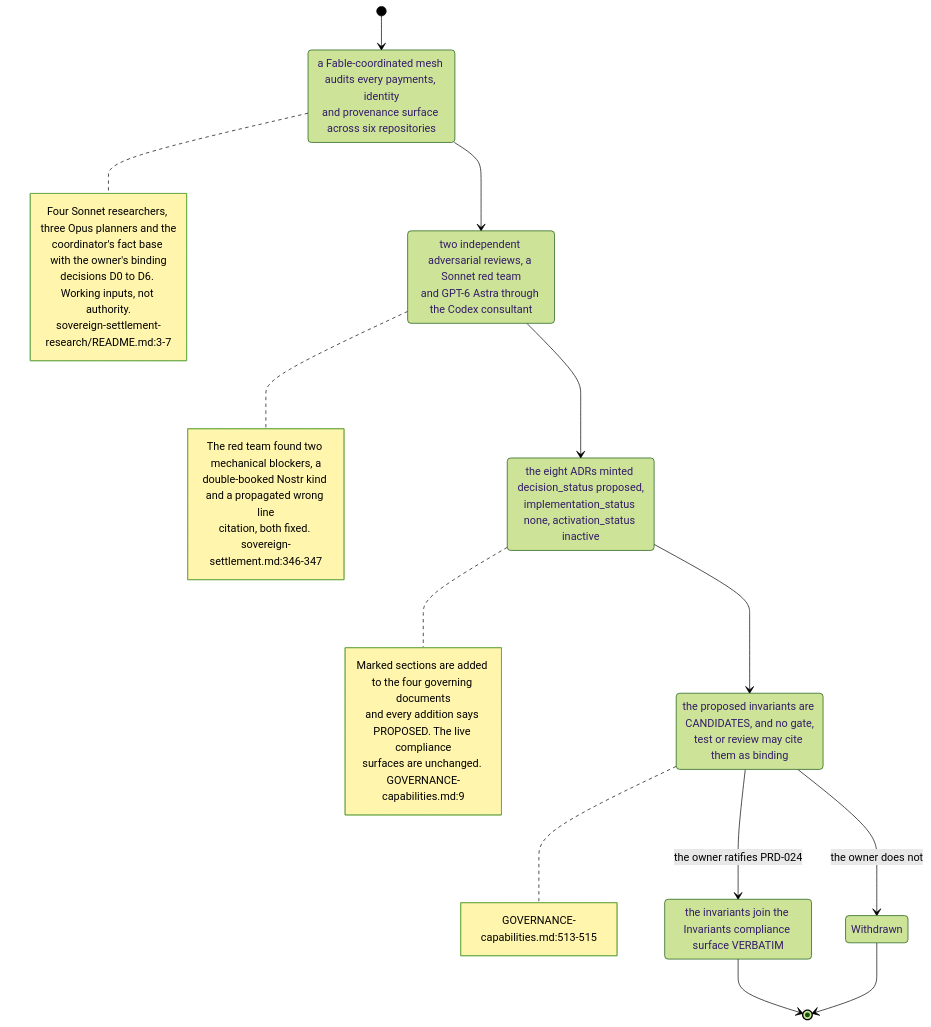
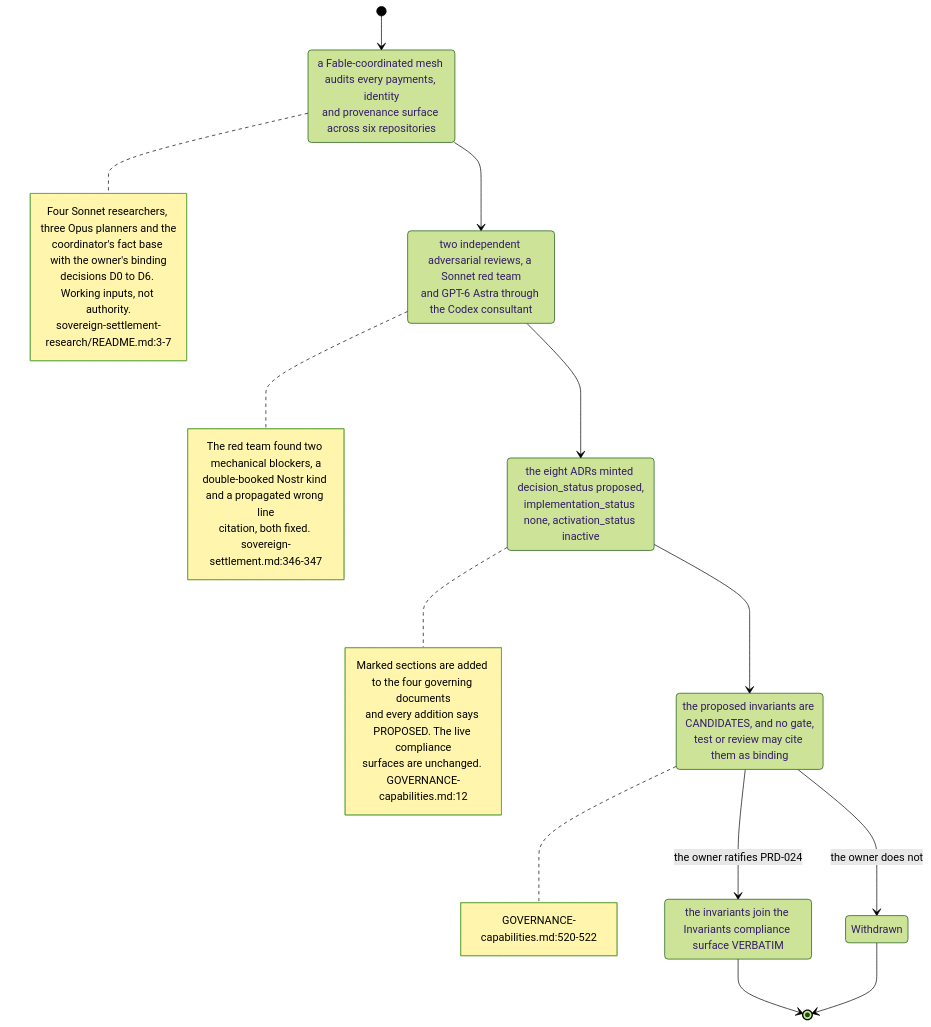
One commit to DreamLab-AI/VisionFlow changed the second of 7 diagrams in docs/diagrams/agentbox/31-sovereign-settlement.md. Above: the diagram before and after it, drawn with Mermaid (forest theme). The commit also changed other lines of this file and 111 other files, not shown here.

Commit message:
docs(diagrams): align estate maps with current source

````diff
--- a/docs/diagrams/agentbox/31-sovereign-settlement.md
+++ b/docs/diagrams/agentbox/31-sovereign-settlement.md
@@ -92,35 +92,35 @@
 ```mermaid
 stateDiagram-v2
     [*] --> Researched
     Researched: a Fable-coordinated mesh audits every payments, identity<br/>and provenance surface across six repositories
     note right of Researched
         Four Sonnet researchers, three Opus planners and the
         coordinator's fact base with the owner's binding
         decisions D0 to D6. Working inputs, not authority.
         sovereign-settlement-research/README.md:3-7
     end note
     Researched --> Reviewed
     Reviewed: two independent adversarial reviews, a Sonnet red team<br/>and GPT-6 Astra through the Codex consultant
     note right of Reviewed
         The red team found two mechanical blockers, a
         double-booked Nostr kind and a propagated wrong line
         citation, both fixed. sovereign-settlement.md:346-347
     end note
     Reviewed --> Proposed
     Proposed: the eight ADRs minted decision_status proposed,<br/>implementation_status none, activation_status inactive
     note right of Proposed
         Marked sections are added to the four governing documents
         and every addition says PROPOSED. The live compliance
-        surfaces are unchanged. GOVERNANCE-capabilities.md:9
+        surfaces are unchanged. GOVERNANCE-capabilities.md:12
     end note
     Proposed --> Candidate
     Candidate: the proposed invariants are CANDIDATES, and no gate,<br/>test or review may cite them as binding
     note right of Candidate
-        GOVERNANCE-capabilities.md:513-515
+        GOVERNANCE-capabilities.md:520-522
     end note
     Candidate --> Ratified : the owner ratifies PRD-024
     Candidate --> Withdrawn : the owner does not
     Ratified: the invariants join the Invariants compliance surface VERBATIM
     Ratified --> [*]
     Withdrawn --> [*]
 ```
````
